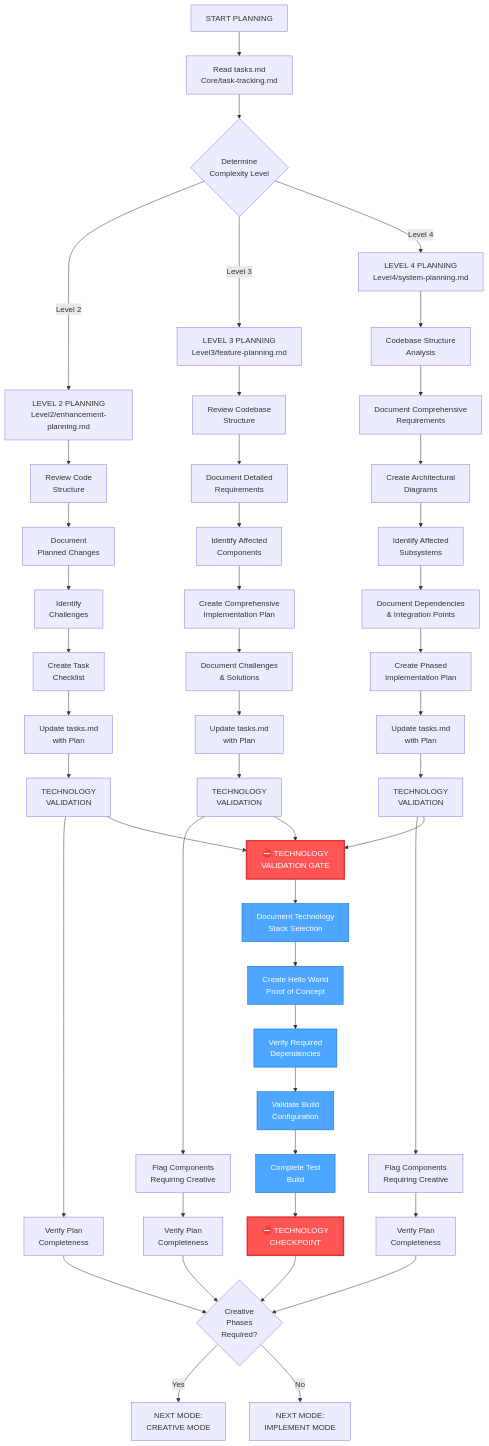
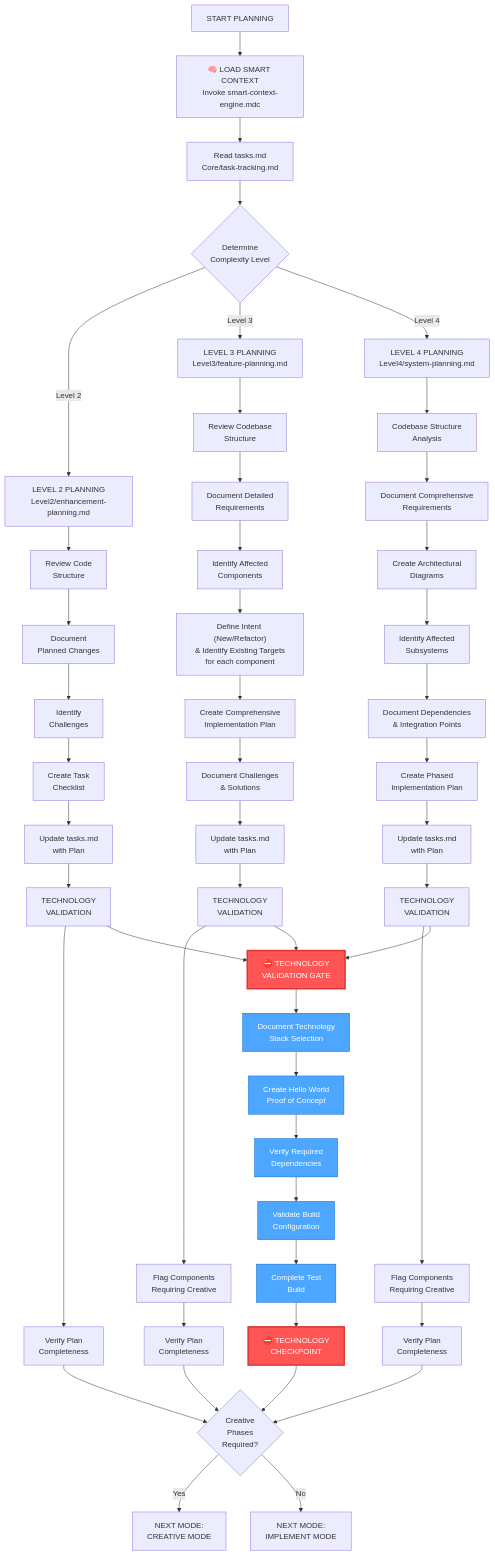
The first of 5 diagrams in .cursor/rules/isolation_rules/visual-maps/plan-mode-map.mdc (joshmac007/fbo-launchpad-backend), drawn with Mermaid before and after one commit. The commit also changed other lines of this file and 986 other files, not shown here.

````diff
--- a/.cursor/rules/isolation_rules/visual-maps/plan-mode-map.mdc
+++ b/.cursor/rules/isolation_rules/visual-maps/plan-mode-map.mdc
@@ -13,67 +12,69 @@
 ```mermaid
 graph TD
-    Start["START PLANNING"] --> ReadTasks["Read tasks.md<br>Core/task-tracking.md"]
+    Start["START PLANNING"] --> SmartContextLoad["🧠 LOAD SMART CONTEXT<br>Invoke smart-context-engine.mdc"]
+    SmartContextLoad --> ReadTasks["Read tasks.md<br>Core/task-tracking.md"]
     
     %% Complexity Level Determination
     ReadTasks --> CheckLevel{"Determine<br>Complexity Level"}
     CheckLevel -->|"Level 2"| Level2["LEVEL 2 PLANNING<br>Level2/enhancement-planning.md"]
     CheckLevel -->|"Level 3"| Level3["LEVEL 3 PLANNING<br>Level3/feature-planning.md"]
     CheckLevel -->|"Level 4"| Level4["LEVEL 4 PLANNING<br>Level4/system-planning.md"]
     
     %% Level 2 Planning
     Level2 --> L2Review["Review Code<br>Structure"]
     L2Review --> L2Document["Document<br>Planned Changes"]
     L2Document --> L2Challenges["Identify<br>Challenges"]
     L2Challenges --> L2Checklist["Create Task<br>Checklist"]
     L2Checklist --> L2Update["Update tasks.md<br>with Plan"]
     L2Update --> L2Tech["TECHNOLOGY<br>VALIDATION"]
     L2Tech --> L2Verify["Verify Plan<br>Completeness"]
     
     %% Level 3 Planning
     Level3 --> L3Review["Review Codebase<br>Structure"]
     L3Review --> L3Requirements["Document Detailed<br>Requirements"]
     L3Requirements --> L3Components["Identify Affected<br>Components"]
-    L3Components --> L3Plan["Create Comprehensive<br>Implementation Plan"]
+    L3Components --> DefineIntent["Define Intent (New/Refactor)<br>& Identify Existing Targets<br>for each component"]
+    DefineIntent --> L3Plan["Create Comprehensive<br>Implementation Plan"]
     L3Plan --> L3Challenges["Document Challenges<br>& Solutions"]
     L3Challenges --> L3Update["Update tasks.md<br>with Plan"]
     L3Update --> L3Tech["TECHNOLOGY<br>VALIDATION"]
     L3Tech --> L3Flag["Flag Components<br>Requiring Creative"]
     L3Flag --> L3Verify["Verify Plan<br>Completeness"]
     
     %% Level 4 Planning
     Level4 --> L4Analysis["Codebase Structure<br>Analysis"]
     L4Analysis --> L4Requirements["Document Comprehensive<br>Requirements"]
     L4Requirements --> L4Diagrams["Create Architectural<br>Diagrams"]
     L4Diagrams --> L4Subsystems["Identify Affected<br>Subsystems"]
     L4Subsystems --> L4Dependencies["Document Dependencies<br>& Integration Points"]
     L4Dependencies --> L4Plan["Create Phased<br>Implementation Plan"]
     L4Plan --> L4Update["Update tasks.md<br>with Plan"]
     L4Update --> L4Tech["TECHNOLOGY<br>VALIDATION"]
     L4Tech --> L4Flag["Flag Components<br>Requiring Creative"]
     L4Flag --> L4Verify["Verify Plan<br>Completeness"]
     
     %% Technology Validation Gate - NEW
     L2Tech & L3Tech & L4Tech --> TechGate["⛔ TECHNOLOGY<br>VALIDATION GATE"]
     TechGate --> TechSelection["Document Technology<br>Stack Selection"]
     TechSelection --> TechHelloWorld["Create Hello World<br>Proof of Concept"]
     TechHelloWorld --> TechDependencies["Verify Required<br>Dependencies"]
     TechDependencies --> TechConfig["Validate Build<br>Configuration"]
     TechConfig --> TechBuild["Complete Test<br>Build"]
     TechBuild --> TechVerify["⛔ TECHNOLOGY<br>CHECKPOINT"]
     
     %% Verification & Completion
     L2Verify & L3Verify & L4Verify & TechVerify --> CheckCreative{"Creative<br>Phases<br>Required?"}
     
     %% Mode Transition
     CheckCreative -->|"Yes"| RecCreative["NEXT MODE:<br>CREATIVE MODE"]
     CheckCreative -->|"No"| RecImplement["NEXT MODE:<br>IMPLEMENT MODE"]
     
     %% Style for Technology Gate
     style TechGate fill:#ff5555,stroke:#dd3333,color:white,stroke-width:3px
     style TechVerify fill:#ff5555,stroke:#dd3333,color:white,stroke-width:3px
     style TechSelection fill:#4da6ff,stroke:#0066cc,color:white
     style TechHelloWorld fill:#4da6ff,stroke:#0066cc,color:white
     style TechDependencies fill:#4da6ff,stroke:#0066cc,color:white
     style TechConfig fill:#4da6ff,stroke:#0066cc,color:white
     style TechBuild fill:#4da6ff,stroke:#0066cc,color:white
 ```
````
